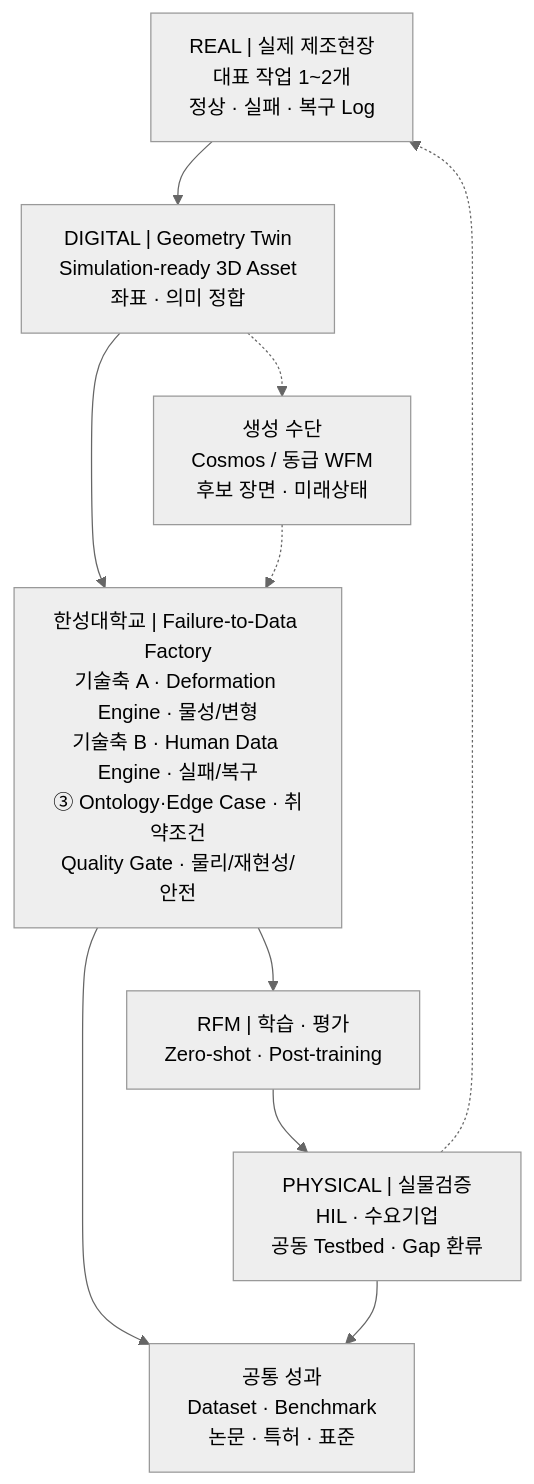
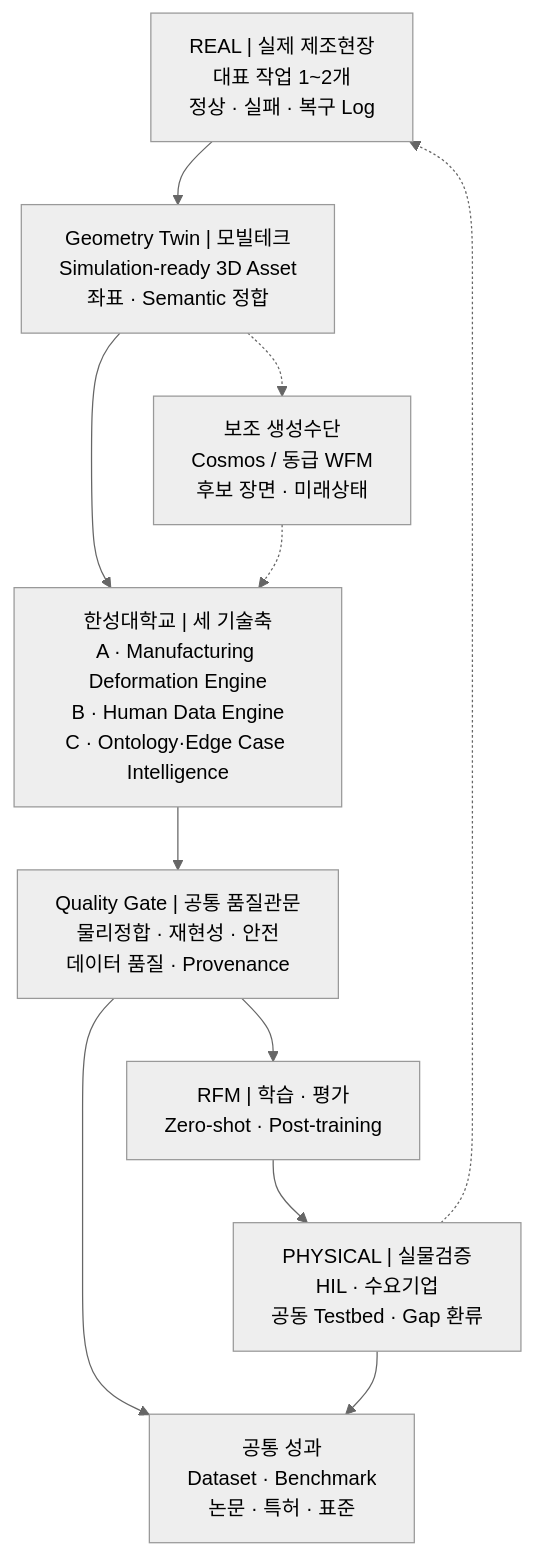
One commit to parclab-hsu/parclab-hsu.github.io changed the first of 2 diagrams in homepage-src/docs/projects/manufacturing-data-factory-rfm/roadmap.md. Above: the diagram before and after it, drawn with Mermaid (neutral theme). The commit also changed other lines of this file and 6 other files, not shown here.

First line of the commit message:
RFM 공개 페이지 — 정본 재동기화 (도식·참고연구 제목·Gate 보완 반영)

````diff
--- a/homepage-src/docs/projects/manufacturing-data-factory-rfm/roadmap.md
+++ b/homepage-src/docs/projects/manufacturing-data-factory-rfm/roadmap.md
@@ -50,16 +53,17 @@
 ```mermaid
 flowchart TB
     REAL["REAL | 실제 제조현장<br/>대표 작업 1~2개<br/>정상 · 실패 · 복구 Log"]
-    GEO["DIGITAL | Geometry Twin<br/>Simulation-ready 3D Asset<br/>좌표 · 의미 정합"]
-    WFM["생성 수단<br/>Cosmos / 동급 WFM<br/>후보 장면 · 미래상태"]
-    CORE["한성대학교 | Failure-to-Data Factory<br/>기술축 A · Deformation Engine · 물성/변형<br/>기술축 B · Human Data Engine · 실패/복구<br/>③ Ontology·Edge Case · 취약조건<br/>Quality Gate · 물리/재현성/안전"]
+    GEO["Geometry Twin | 모빌테크<br/>Simulation-ready 3D Asset<br/>좌표 · Semantic 정합"]
+    WFM["보조 생성수단<br/>Cosmos / 동급 WFM<br/>후보 장면 · 미래상태"]
+    CORE["한성대학교 | 세 기술축<br/>A · Manufacturing Deformation Engine<br/>B · Human Data Engine<br/>C · Ontology·Edge Case Intelligence"]
+    GATE["Quality Gate | 공통 품질관문<br/>물리정합 · 재현성 · 안전<br/>데이터 품질 · Provenance"]
     RFM["RFM | 학습 · 평가<br/>Zero-shot · Post-training"]
     TEST["PHYSICAL | 실물검증<br/>HIL · 수요기업<br/>공동 Testbed · Gap 환류"]
     OUTPUT["공통 성과<br/>Dataset · Benchmark<br/>논문 · 특허 · 표준"]
 
-    REAL --> GEO --> CORE --> RFM --> TEST
+    REAL --> GEO --> CORE --> GATE --> RFM --> TEST
     GEO -.-> WFM -.-> CORE
-    CORE --> OUTPUT
+    GATE --> OUTPUT
     TEST --> OUTPUT
     TEST -.-> REAL
 ```
````
